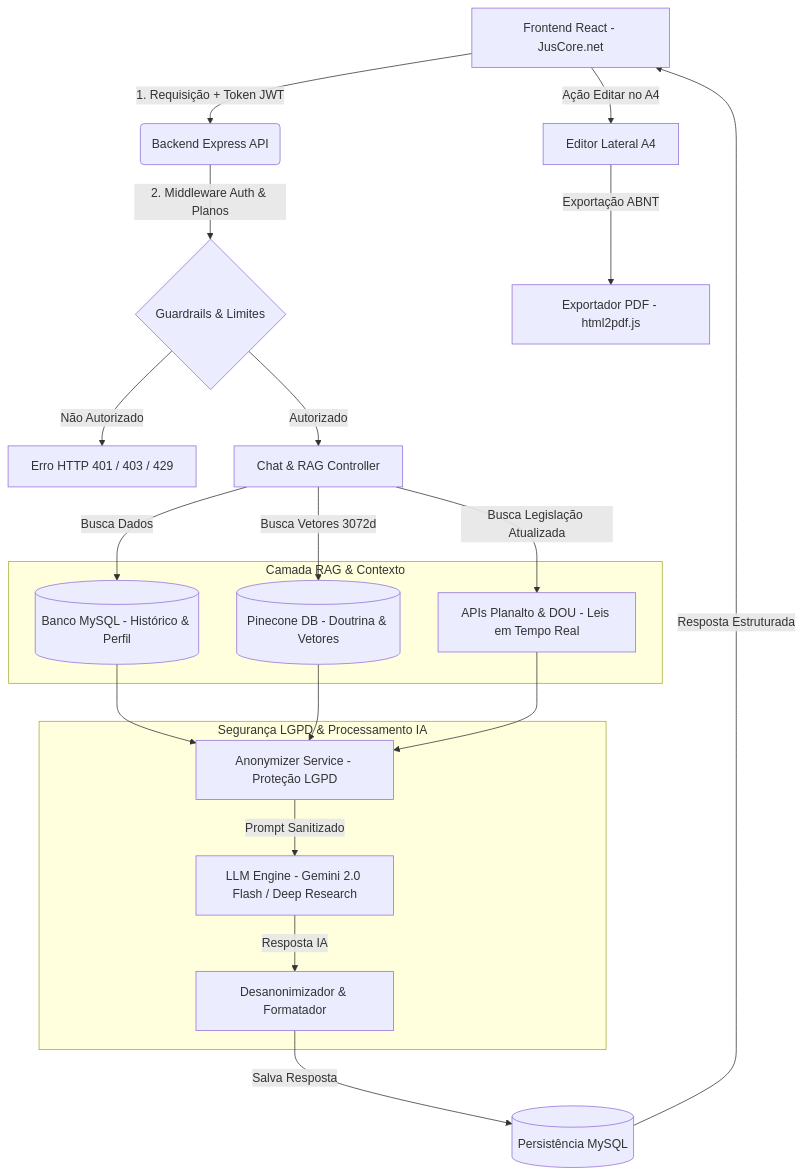
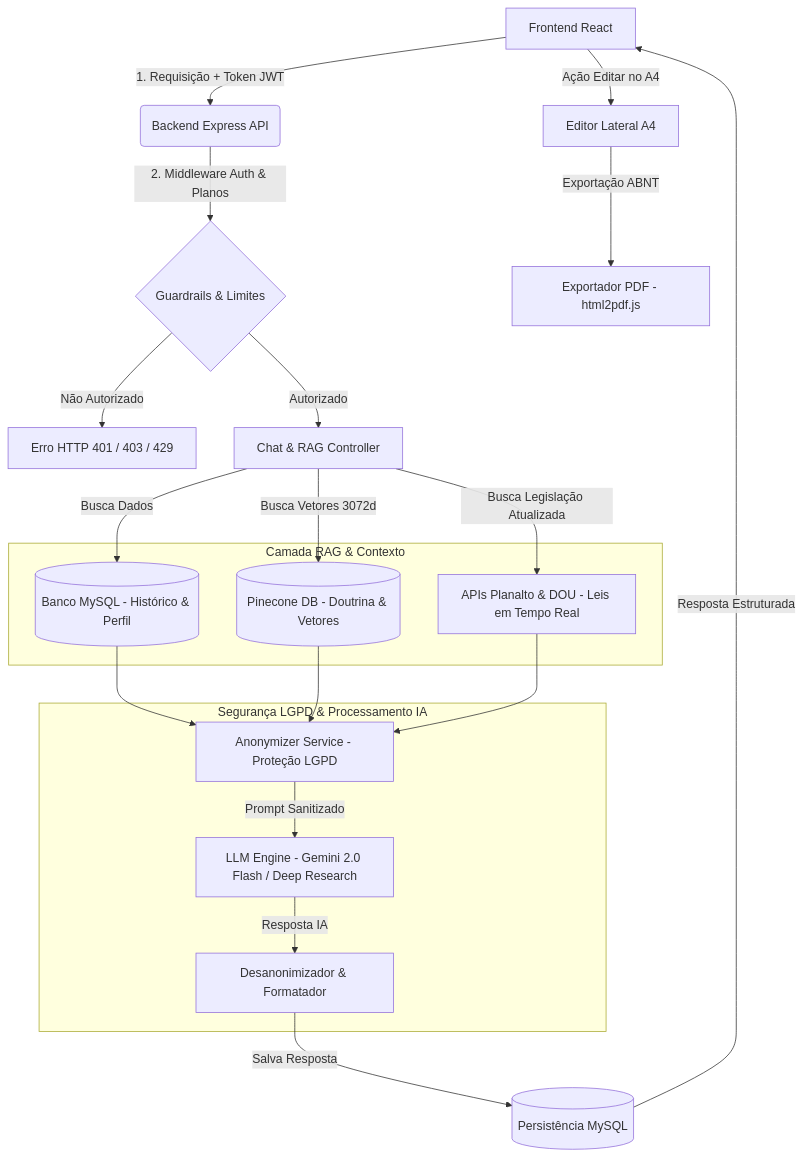
Before and after one commit to Lnd06/juscore: the diagram in README.md, drawn with Mermaid.

Commit message:
style: altera no de Frontend React no fluxo do README

````diff
--- a/README.md
+++ b/README.md
@@ -22,36 +22,36 @@
 ```mermaid
 graph TD
-    A[Frontend React - JusCore.net] -->|1. Requisição + Token JWT| B(Backend Express API)
+    A[Frontend React] -->|1. Requisição + Token JWT| B(Backend Express API)
     B -->|2. Middleware Auth & Planos| C{Guardrails & Limites}
     
     C -->|Não Autorizado| D[Erro HTTP 401 / 403 / 429]
     C -->|Autorizado| E[Chat & RAG Controller]
     
     subgraph RAG_Engine ["Camada RAG & Contexto"]
         F[(Banco MySQL - Histórico & Perfil)]
         G[(Pinecone DB - Doutrina & Vetores)]
         K[APIs Planalto & DOU - Leis em Tempo Real]
     end
 
     E -->|Busca Dados| F
     E -->|Busca Vetores 3072d| G
     E -->|Busca Legislação Atualizada| K
 
     subgraph Security_AI ["Segurança LGPD & Processamento IA"]
         L[Anonymizer Service - Proteção LGPD]
         H[LLM Engine - Gemini 2.0 Flash / Deep Research]
         M[Desanonimizador & Formatador]
     end
 
     F --> L
     G --> L
     K --> L
     L -->|Prompt Sanitizado| H
     H -->|Resposta IA| M
     
     M -->|Salva Resposta| N[(Persistência MySQL)]
     N -->|Resposta Estruturada| A
     
     A -->|Ação Editar no A4| I[Editor Lateral A4]
     I -->|Exportação ABNT| J[Exportador PDF - html2pdf.js]
 ```
````
